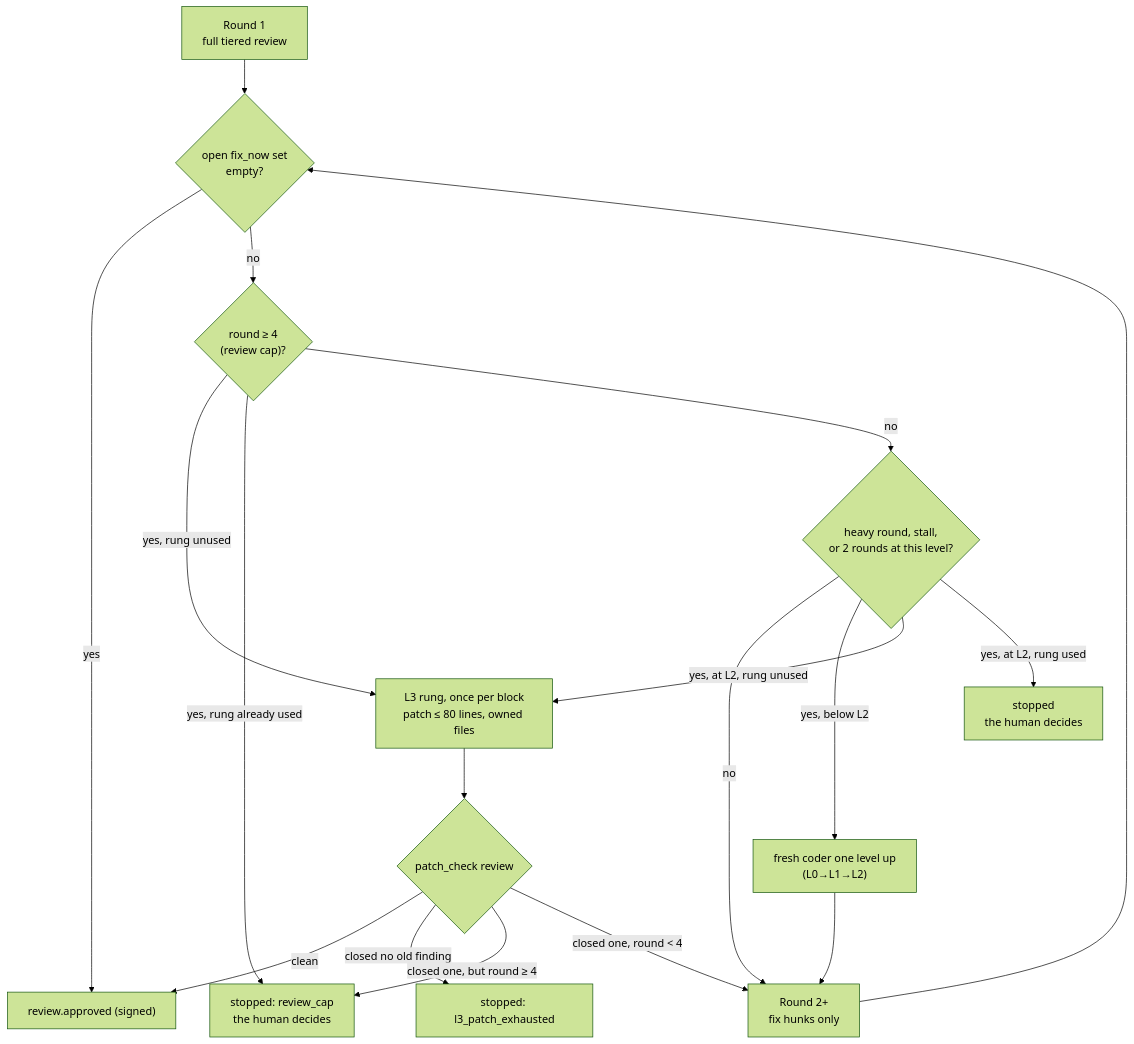
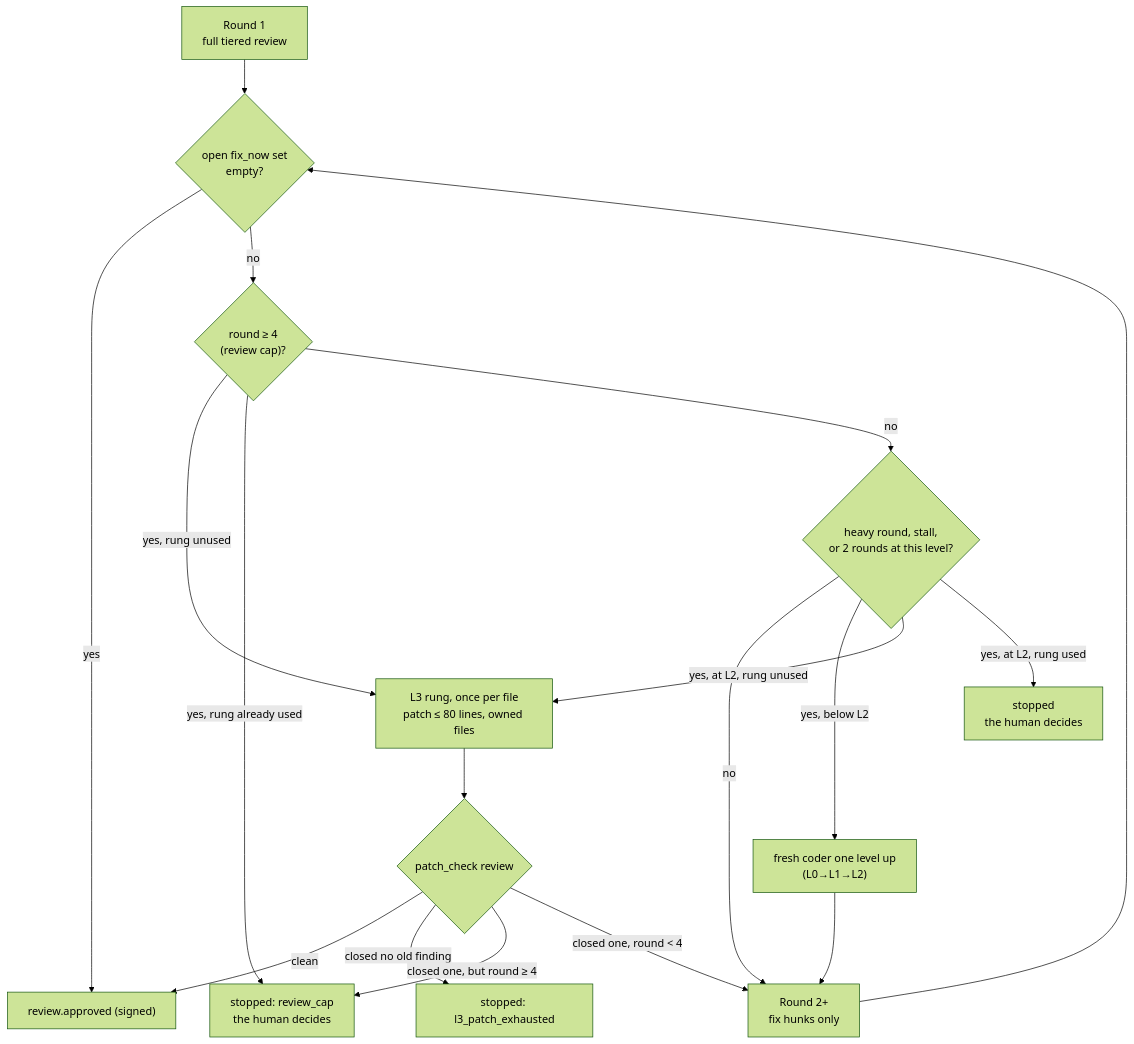
The second of 2 diagrams in docs/how-it-works.md (ricardov03/code-forge), drawn with Mermaid (forest theme) before and after one commit. The commit also changed other lines of this file and 7 other files, not shown here.

````diff
--- a/docs/how-it-works.md
+++ b/docs/how-it-works.md
@@ -870,20 +870,20 @@
 ```mermaid
 flowchart TD
   r1["Round 1<br/>full tiered review"] --> done{"open fix_now set<br/>empty?"}
   rn["Round 2+<br/>fix hunks only"] --> done
   done -- yes --> approved["review.approved (signed)"]
   done -- no --> cap{"round ≥ 4<br/>(review cap)?"}
-  cap -- "yes, rung unused" --> rung["L3 rung, once per block<br/>patch ≤ 80 lines, owned files"]
+  cap -- "yes, rung unused" --> rung["L3 rung, once per file<br/>patch ≤ 80 lines, owned files"]
   cap -- "yes, rung already used" --> stopcap["stopped: review_cap<br/>the human decides"]
   cap -- no --> trig{"heavy round, stall,<br/>or 2 rounds at this level?"}
   trig -- no --> rn
   trig -- "yes, below L2" --> up["fresh coder one level up<br/>(L0→L1→L2)"]
   up --> rn
   trig -- "yes, at L2, rung unused" --> rung
   trig -- "yes, at L2, rung used" --> stopx["stopped<br/>the human decides"]
   rung --> pc{"patch_check review"}
   pc -- clean --> approved
   pc -- "closed no old finding" --> stopp["stopped: l3_patch_exhausted"]
   pc -- "closed one, but round ≥ 4" --> stopcap
   pc -- "closed one, round < 4" --> rn
 ```
````
